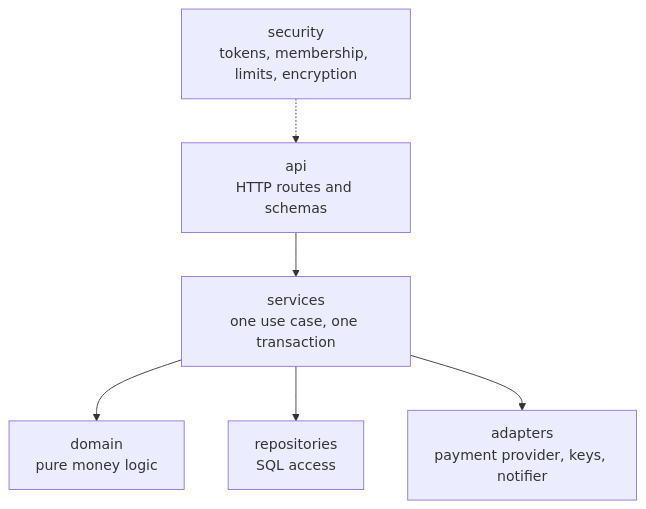
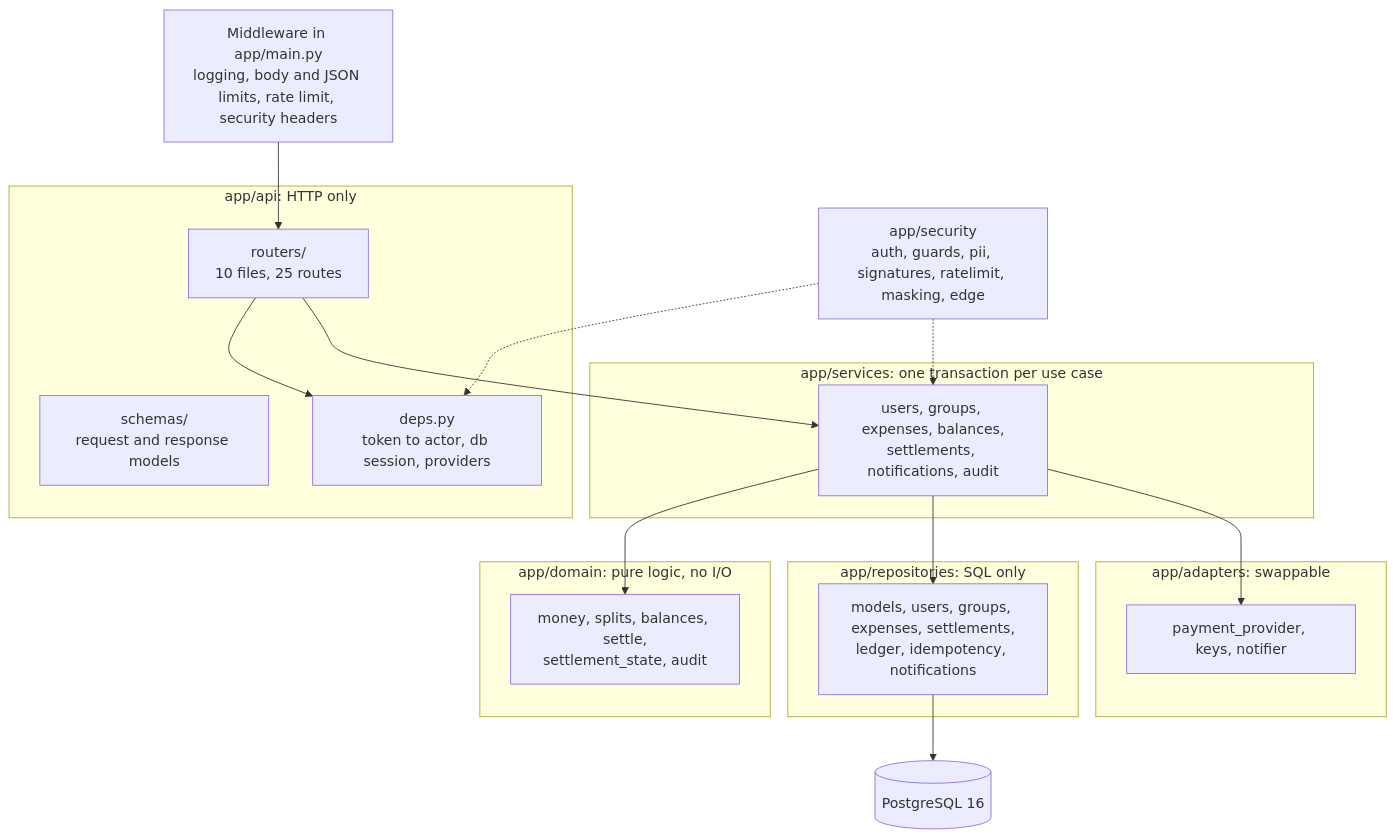
Before and after one commit to AdityaP700/Akira: the second of 6 diagrams in README.md, drawn with Mermaid. The commit also changed other lines of this file, not shown here.

````diff
--- a/README.md
+++ b/README.md
@@ -134,8 +134,31 @@
 ```mermaid
 flowchart TD
-    API["api<br/>HTTP routes and schemas"] --> SVC["services<br/>one use case, one transaction"]
-    SEC["security<br/>tokens, membership, limits, encryption"] -.-> API
-    SVC --> DOM["domain<br/>pure money logic"]
-    SVC --> REPO["repositories<br/>SQL access"]
-    SVC --> ADP["adapters<br/>payment provider, keys, notifier"]
+    MW["Middleware in app/main.py<br/>logging, body and JSON limits, rate limit, security headers"]
+    subgraph API["app/api: HTTP only"]
+        R["routers/<br/>10 files, 25 routes"]
+        SC["schemas/<br/>request and response models"]
+        D["deps.py<br/>token to actor, db session, providers"]
+    end
+    subgraph SVC["app/services: one transaction per use case"]
+        S["users, groups, expenses, balances,<br/>settlements, notifications, audit"]
+    end
+    subgraph DOM["app/domain: pure logic, no I/O"]
+        DM["money, splits, balances, settle,<br/>settlement_state, audit"]
+    end
+    subgraph REPO["app/repositories: SQL only"]
+        RP["models, users, groups, expenses, settlements,<br/>ledger, idempotency, notifications"]
+    end
+    subgraph ADP["app/adapters: swappable"]
+        AD["payment_provider, keys, notifier"]
+    end
+    SEC["app/security<br/>auth, guards, pii, signatures, ratelimit, masking, edge"]
+    MW --> R
+    R --> D
+    R --> S
+    S --> DM
+    S --> RP
+    S --> AD
+    SEC -.-> D
+    SEC -.-> S
+    RP --> DB[("PostgreSQL 16")]
 ```
````
